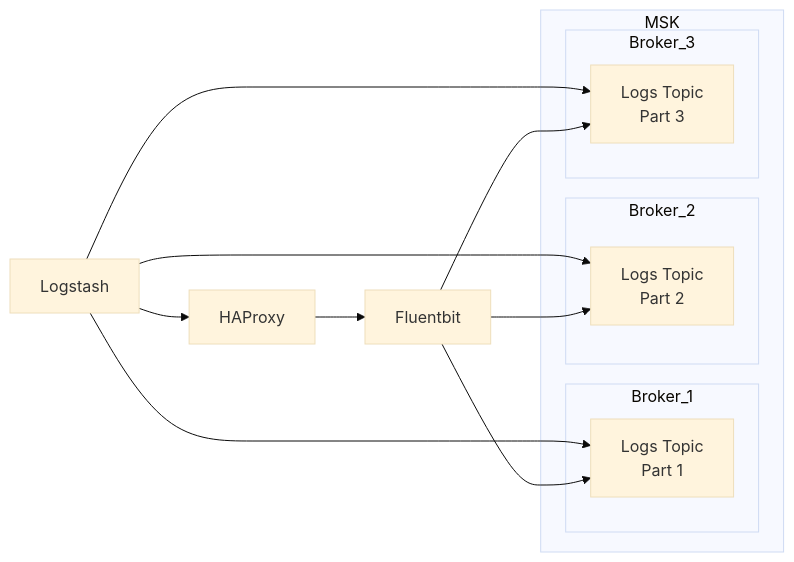
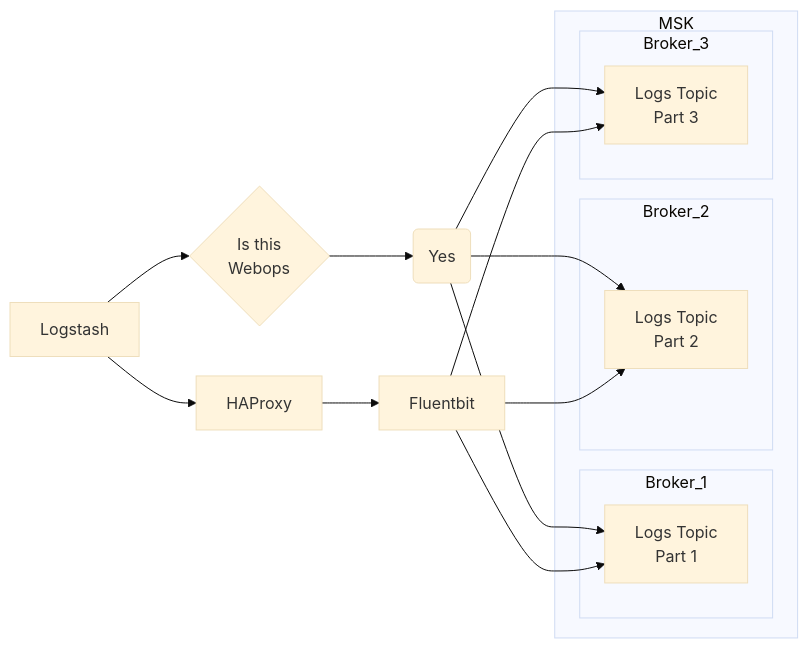
One commit to Saskia-MDTP/can-hedgehogs-fly changed the second of 2 diagrams in README.md. Above: the diagram before and after it, drawn with Mermaid (base theme).

````diff
--- a/README.md
+++ b/README.md
@@ -15,21 +15,23 @@
 ```mermaid
   graph LR;
       subgraph MSK
           subgraph Broker_1
               P1[Logs Topic<br/>Part 1];
            end
           subgraph Broker_2
               P2[Logs Topic<br/>Part 2];
            end
           subgraph Broker_3
               P3[Logs Topic<br/>Part 3];
            end
        end
-       Logstash-->P1;
-       Logstash-->P2;
-       Logstash-->P3;
+       Logstash-->Q{Is this<br/>Webops}
+       Q-->Yes(Yes);
+       Yes-->P1;
+       Yes-->P2;
+       Yes-->P3;
        Logstash-->HAProxy-->Fluentbit;
        Fluentbit-->P1;
        Fluentbit-->P2;
        Fluentbit-->P3;
 ```
````
